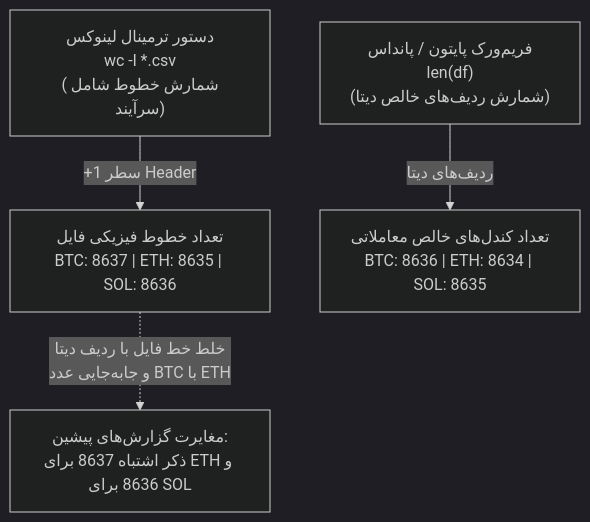
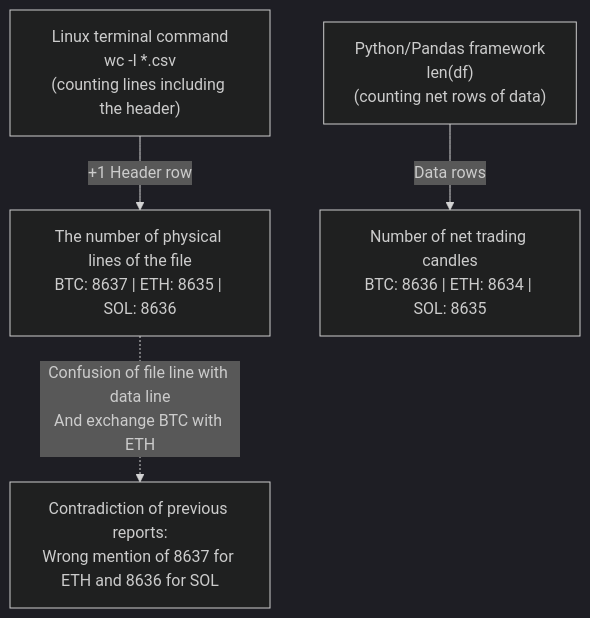
The diagram in docs/PHASE20_DATASET_INTEGRITY_AUDIT.md (AliFazelniya/wallextrade), drawn with Mermaid (dark theme) before and after one commit. The commit also changed other lines of this file and 81 other files, not shown here.

````diff
--- a/docs/PHASE20_DATASET_INTEGRITY_AUDIT.md
+++ b/docs/PHASE20_DATASET_INTEGRITY_AUDIT.md
@@ -41,6 +41,6 @@
 ```mermaid
 flowchart TD
-    A["دستور ترمینال لینوکس\nwc -l *.csv\n(شمارش خطوط شامل سرآیند)"] -->|"+1 سطر Header"| B["تعداد خطوط فیزیکی فایل\nBTC: 8637 | ETH: 8635 | SOL: 8636"]
-    C["فریم‌ورک پایتون / پانداس\nlen(df)\n(شمارش ردیف‌های خالص دیتا)"] -->|"ردیف‌های دیتا"| D["تعداد کندل‌های خالص معاملاتی\nBTC: 8636 | ETH: 8634 | SOL: 8635"]
-    B -.->|"خلط خط فایل با ردیف دیتا\nو جابه‌جایی عدد BTC با ETH"| E["مغایرت گزارش‌های پیشین:\nذکر اشتباه 8637 برای ETH و 8636 برای SOL"]
+    A["Linux terminal command\nwc -l *.csv\n(counting lines including the header)"] -->|"+1 Header row"| B["The number of physical lines of the file\nBTC: 8637 | ETH: 8635 | SOL: 8636"]
+    C["Python/Pandas framework\nlen(df)\n(counting net rows of data)"] -->|"Data rows"| D["Number of net trading candles\nBTC: 8636 | ETH: 8634 | SOL: 8635"]
+    B -.->|"Confusion of file line with data line\nAnd exchange BTC with ETH"| E["Contradiction of previous reports:\nWrong mention of 8637 for ETH and 8636 for SOL"]
 ```
````
